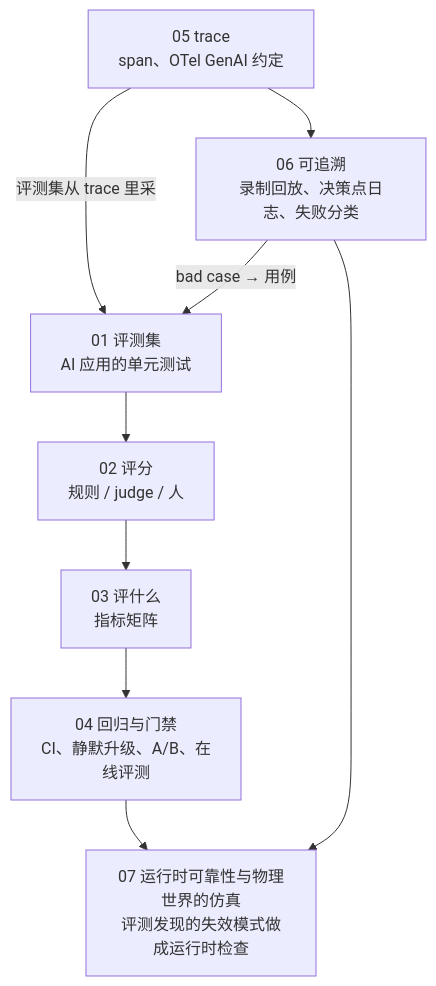
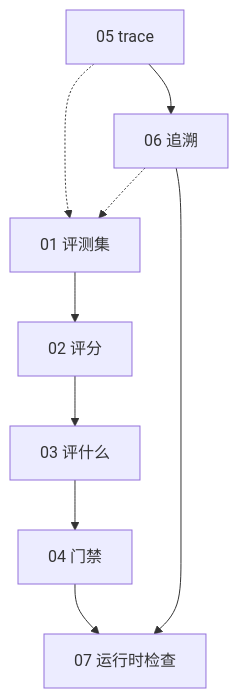
Before and after one commit to arganzheng/arganzheng.github.com: the first of 9 diagrams in slides/2026-11-06-evals-and-observability.md, drawn with Mermaid. The commit also changed other lines of this file, not shown here.

Commit message:
slides/evals-and-observability: cut/shorten mermaid diagrams below 14px rendered text (check-render smalltext/overlap)

````diff
--- a/slides/2026-11-06-evals-and-observability.md
+++ b/slides/2026-11-06-evals-and-observability.md
@@ -26,9 +26,8 @@
 ```mermaid
 %%{init: {"flowchart": {"wrappingWidth": 170}}}%%
 flowchart TB
-    E1["01 评测集<br/>AI 应用的单元测试"] --> E2["02 评分<br/>规则 / judge / 人"] --> E3["03 评什么<br/>指标矩阵"] --> E4["04 回归与门禁<br/>CI、静默升级、A/B、在线评测"]
-    E5["05 trace<br/>span、OTel GenAI 约定"] --> E6["06 可追溯<br/>录制回放、决策点日志、失败分类"]
-    E5 -- "评测集从 trace 里采" --> E1
-    E6 -- "bad case → 用例" --> E1
-    E4 & E6 --> E7["07 运行时可靠性与物理世界的仿真<br/>评测发现的失效模式做成运行时检查"]
+    E1["01 评测集"] --> E2["02 评分"] --> E3["03 评什么"] --> E4["04 门禁"]
+    E5["05 trace"] --> E6["06 追溯"]
+    E5 & E6 -.-> E1
+    E4 & E6 --> E7["07 运行时检查"]
 ```
````
